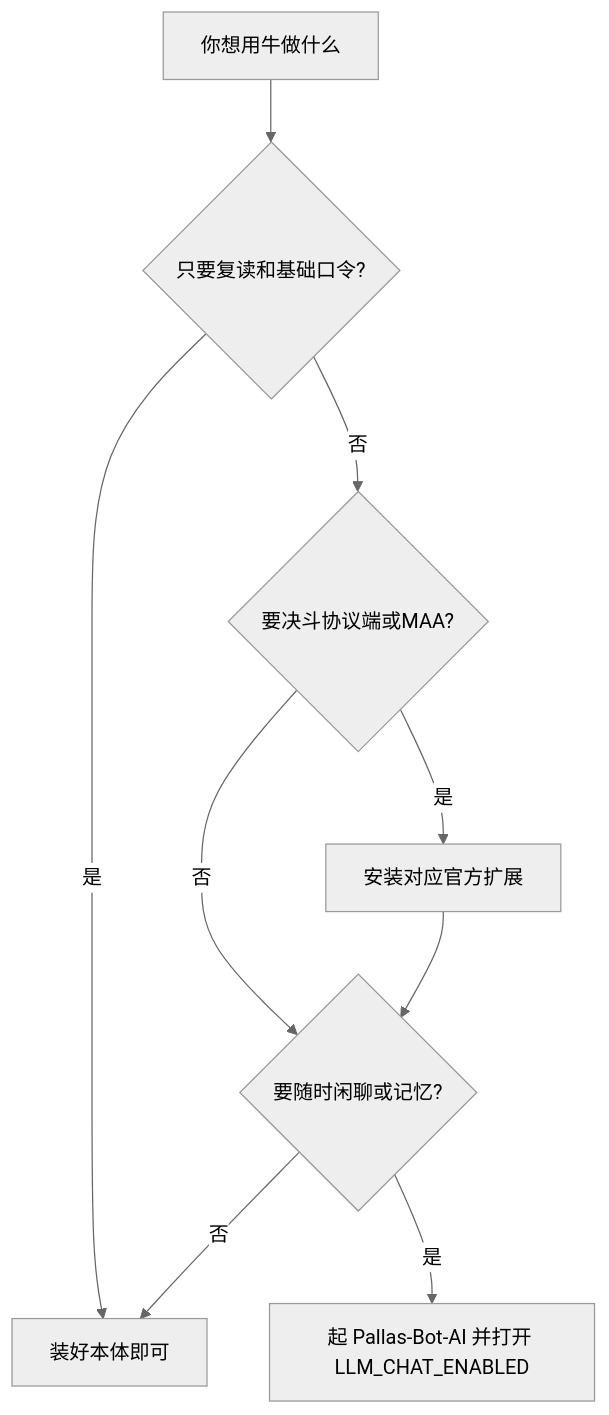
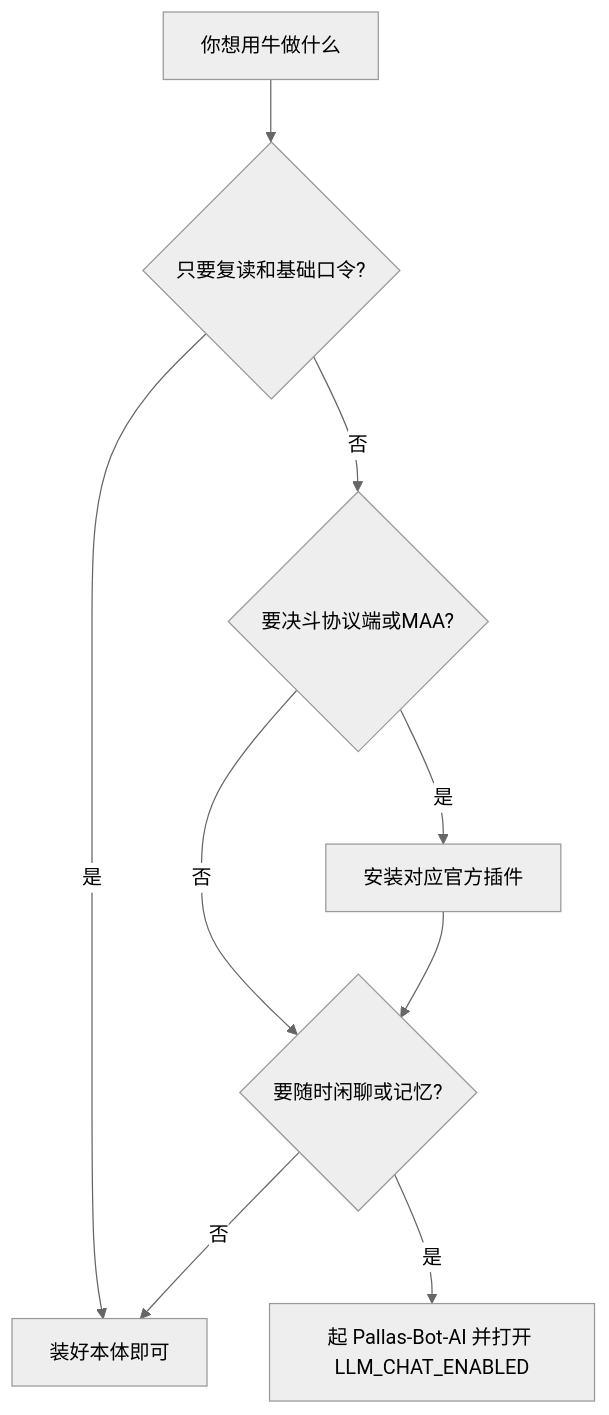
The second of 2 diagrams in docs/guide/4.0-start.md (TogetsuDo/Pallas-Bot), drawn with Mermaid (neutral theme) before and after one commit. The commit also changed other lines of this file and 48 other files, not shown here.

````diff
--- a/docs/guide/4.0-start.md
+++ b/docs/guide/4.0-start.md
@@ -39,11 +39,11 @@
 ```mermaid
 flowchart TD
   Start[你想用牛做什么] --> CoreOnly{只要复读和基础口令?}
   CoreOnly -->|是| DoneCore[装好本体即可]
   CoreOnly -->|否| NeedExt{要决斗协议端或MAA?}
-  NeedExt -->|是| InstallExt[安装对应官方扩展]
+  NeedExt -->|是| InstallExt[安装对应官方插件]
   NeedExt -->|否| NeedAI{要随时闲聊或记忆?}
   NeedAI -->|是| InstallAI[起 Pallas-Bot-AI 并打开 LLM_CHAT_ENABLED]
   NeedAI -->|否| DoneCore
   InstallExt --> NeedAI
 ```
````
